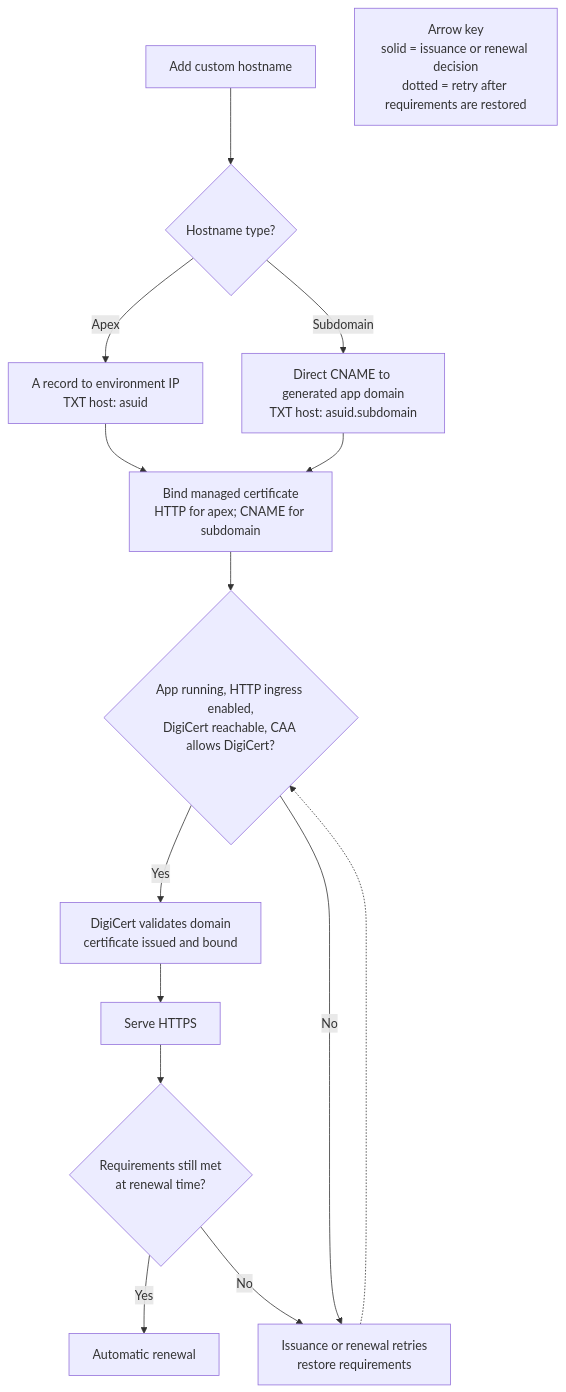
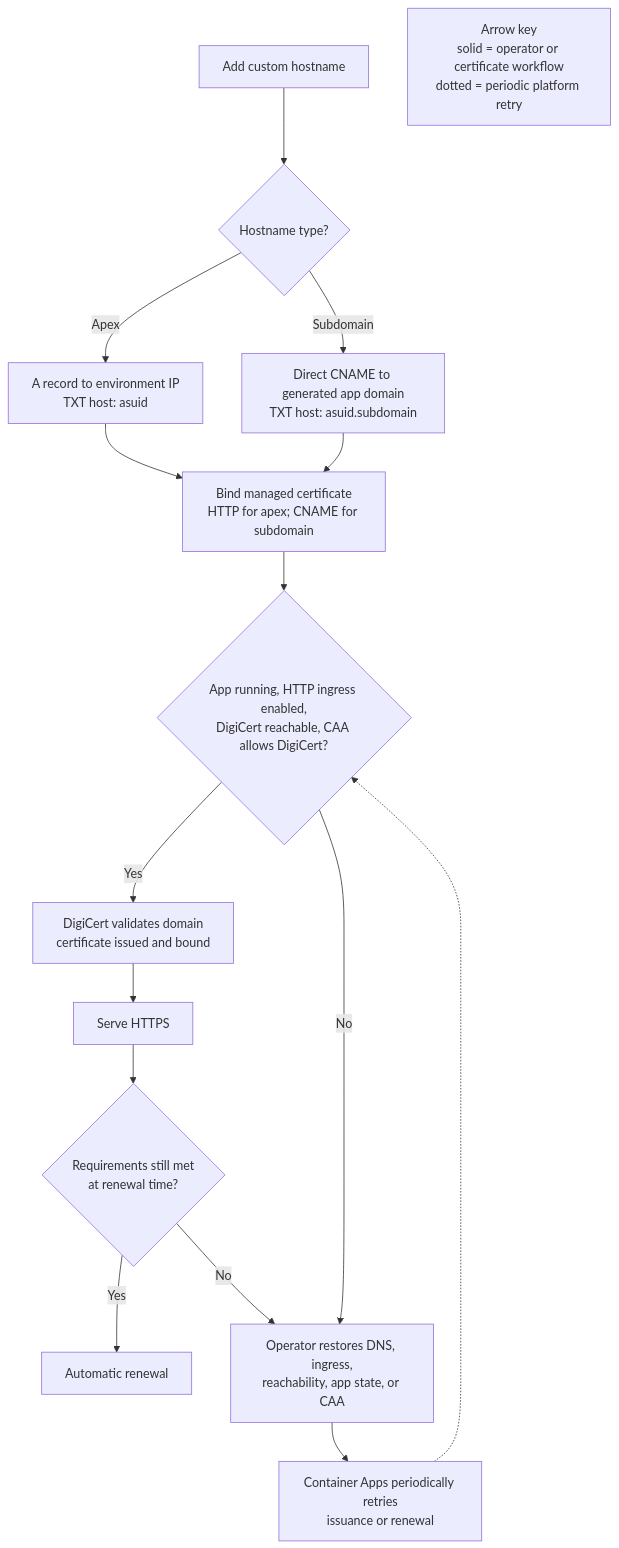
One commit to yeongseon/azure-container-apps-practical-guide changed the diagram in docs/operations/custom-domains/managed-certificates.md. Above: the diagram before and after it, drawn with Mermaid. The commit also changed other lines of this file, not shown here.

Commit message:
fix(custom-domains): separate remediation from certificate retry

````diff
--- a/docs/operations/custom-domains/managed-certificates.md
+++ b/docs/operations/custom-domains/managed-certificates.md
@@ -98,33 +99,35 @@
 ```mermaid
 flowchart TD
     accTitle: Managed certificate issuance and renewal decisions
     accDescr: Choose the apex or subdomain DNS path, add the TXT ownership record, keep the app running and reachable from DigiCert validation IPs, and bind with the matching validation method. Certificate issuance leads to HTTPS service and automatic renewal while every requirement remains satisfied.
 
     HOST["Add custom hostname"]
     TYPE{"Hostname type?"}
     APEX["A record to environment IP<br/>TXT host: asuid"]
     SUB["Direct CNAME to generated app domain<br/>TXT host: asuid.subdomain"]
     METHOD["Bind managed certificate<br/>HTTP for apex; CNAME for subdomain"]
     READY{"App running, HTTP ingress enabled,<br/>DigiCert reachable, CAA allows DigiCert?"}
     ISSUE["DigiCert validates domain<br/>certificate issued and bound"]
     HTTPS["Serve HTTPS"]
     RENEW{"Requirements still met<br/>at renewal time?"}
     AUTO["Automatic renewal"]
-    RETRY["Issuance or renewal retries<br/>restore requirements"]
+    REMEDIATE["Operator restores DNS, ingress,<br/>reachability, app state, or CAA"]
+    RETRY["Container Apps periodically retries<br/>issuance or renewal"]
 
     HOST --> TYPE
     TYPE -->|"Apex"| APEX
     TYPE -->|"Subdomain"| SUB
     APEX --> METHOD
     SUB --> METHOD
     METHOD --> READY
     READY -->|"Yes"| ISSUE
-    READY -->|"No"| RETRY
+    READY -->|"No"| REMEDIATE
     ISSUE --> HTTPS
     HTTPS --> RENEW
     RENEW -->|"Yes"| AUTO
-    RENEW -->|"No"| RETRY
+    RENEW -->|"No"| REMEDIATE
+    REMEDIATE --> RETRY
     RETRY -.-> READY
 
-    LEGEND["Arrow key<br/>solid = issuance or renewal decision<br/>dotted = retry after requirements are restored"]
+    LEGEND["Arrow key<br/>solid = operator or certificate workflow<br/>dotted = periodic platform retry"]
 ```
````
